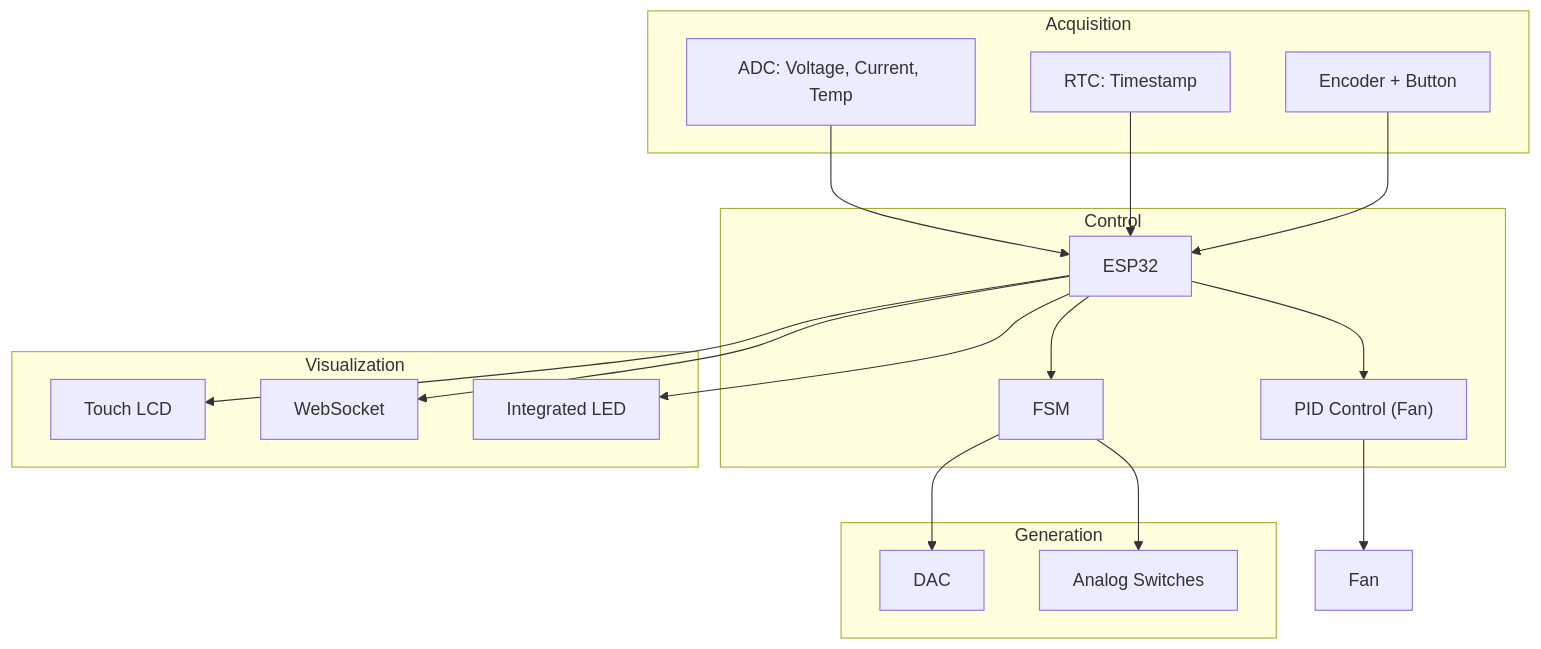
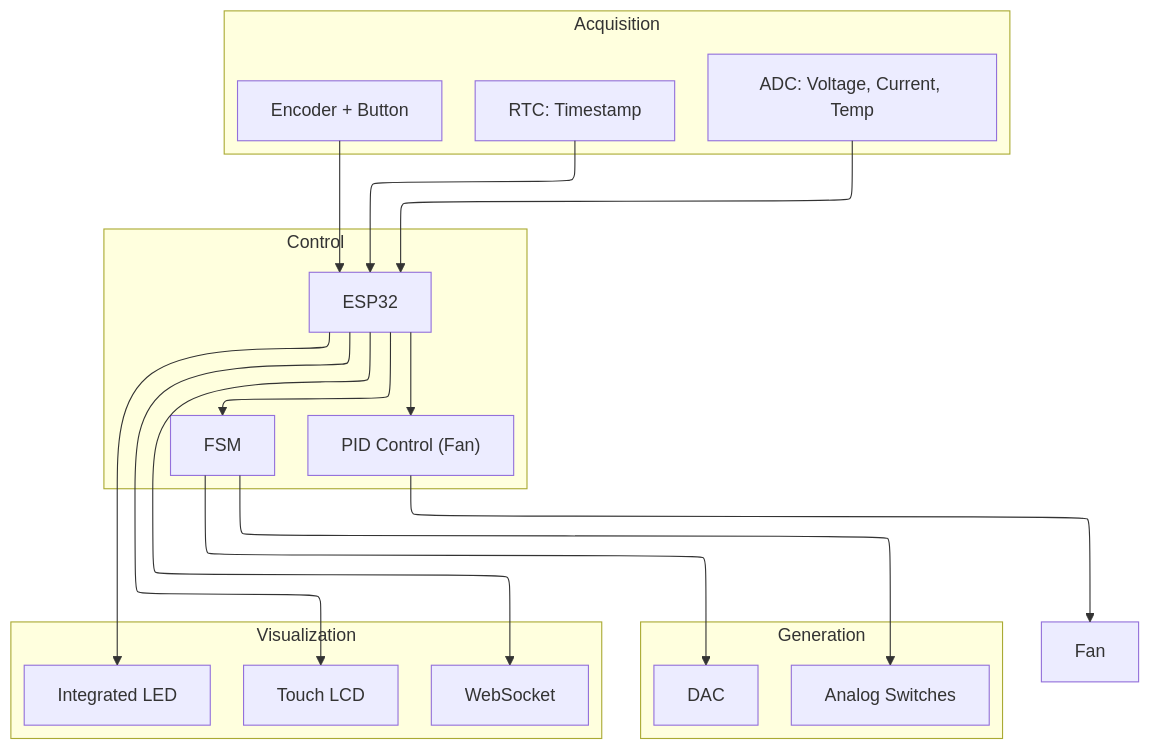
One commit to lucas-vidmar/electronic-load changed the second of 3 diagrams in docs/index.md. Above: the diagram before and after it, drawn with Mermaid. The commit also changed other lines of this file, not shown here.

Commit message:
theme default

```diff
--- a/docs/index.md
+++ b/docs/index.md
@@ -77,28 +80,30 @@
 <pre class="mermaid">
-flowchart TD
- subgraph s1["Acquisition"]
-        ADC["ADC: Voltage, Current, Temp"]
-        RTC["RTC: Timestamp"]
-        Enc["Encoder + Button"]
-  end
- subgraph Control["Control"]
-        MCU["ESP32"]
-        FSM["FSM"]
-        PID["PID Control (Fan)"]
-  end
- subgraph s2["Generation"]
-        DAC["DAC"]
-        SW["Analog Switches"]
-  end
- subgraph s3["Visualization"]
-        LCD["Touch LCD"]
-        WS["WebSocket"]
-        LED["Integrated LED"]
-  end
-    ADC --> MCU
-    RTC --> MCU
-    Enc --> MCU
-    MCU --> FSM & PID & LCD & WS & LED
-    FSM --> DAC & SW
-    PID --> FAN["Fan"]
+  %%{ init: { "flowchart": { "defaultRenderer": "elk" } } }%%
+  
+  flowchart TD
+  subgraph s1["Acquisition"]
+          ADC["ADC: Voltage, Current, Temp"]
+          RTC["RTC: Timestamp"]
+          Enc["Encoder + Button"]
+    end
+  subgraph Control["Control"]
+          MCU["ESP32"]
+          FSM["FSM"]
+          PID["PID Control (Fan)"]
+    end
+  subgraph s2["Generation"]
+          DAC["DAC"]
+          SW["Analog Switches"]
+    end
+  subgraph s3["Visualization"]
+          LCD["Touch LCD"]
+          WS["WebSocket"]
+          LED["Integrated LED"]
+    end
+      ADC --> MCU
+      RTC --> MCU
+      Enc --> MCU
+      MCU --> FSM & PID & LCD & WS & LED
+      FSM --> DAC & SW
+      PID --> FAN["Fan"]
 </pre>
```
